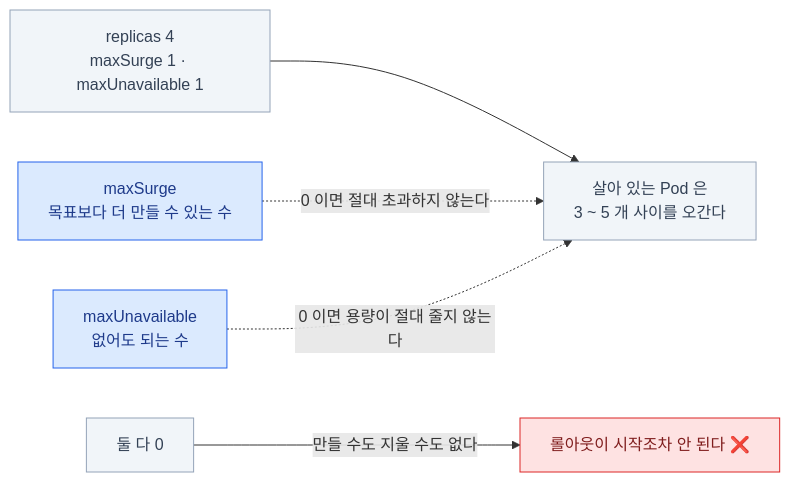
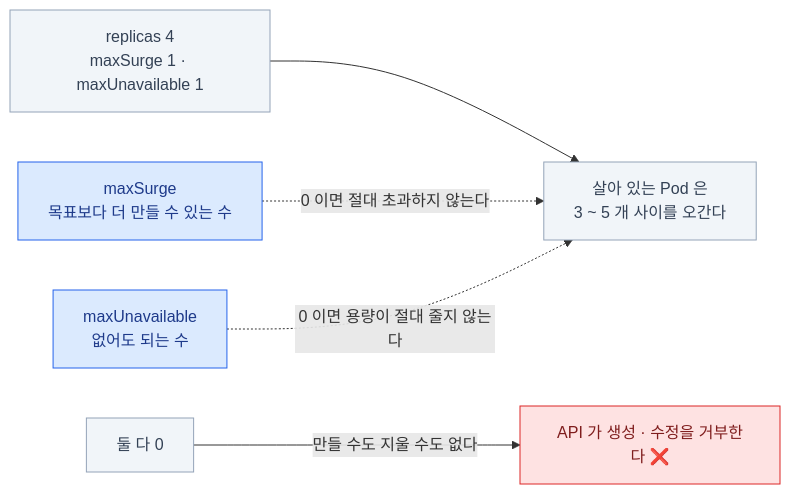
The fifth of 15 diagrams in src/content/docs/cka/05-workloads.mdx (mechurak/study-starlight), drawn with Mermaid before and after one commit. The commit also changed other lines of this file and 22 other files, not shown here.

````diff
--- a/src/content/docs/cka/05-workloads.mdx
+++ b/src/content/docs/cka/05-workloads.mdx
@@ -200,14 +202,14 @@
 ```mermaid
 flowchart LR
     S["replicas 4<br/>maxSurge 1 · maxUnavailable 1"] --> R["살아 있는 Pod 은<br/>3 ~ 5 개 사이를 오간다"]
     MS["maxSurge<br/>목표보다 더 만들 수 있는 수"] -.->|"0 이면 절대 초과하지 않는다"| R
     MU["maxUnavailable<br/>없어도 되는 수"] -.->|"0 이면 용량이 절대 줄지 않는다"| R
-    BOTH["둘 다 0"] -->|"만들 수도 지울 수도 없다"| STUCK["롤아웃이 시작조차 안 된다 ❌"]
+    BOTH["둘 다 0"] -->|"만들 수도 지울 수도 없다"| STUCK["API 가 생성 · 수정을 거부한다 ❌"]
 
     classDef key fill:#dbeafe,stroke:#2563eb,color:#1e3a8a
     classDef bad fill:#fee2e2,stroke:#dc2626,color:#7f1d1d
     classDef mute fill:#f1f5f9,stroke:#94a3b8,color:#334155
     class MS,MU key
     class STUCK bad
     class S,R,BOTH mute
 ```
````
